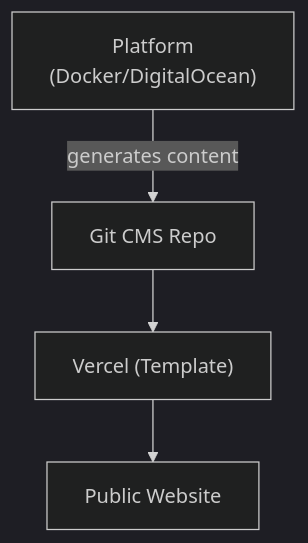
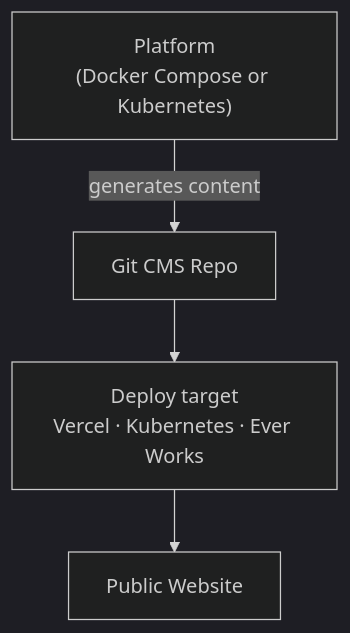
The third of 4 diagrams in docs/comparison.md (ever-works/ever-works), drawn with Mermaid (dark theme) before and after one commit. The commit also changed other lines of this file and 90 other files, not shown here.

````diff
--- a/docs/comparison.md
+++ b/docs/comparison.md
@@ -162,6 +219,6 @@
 ```mermaid
 flowchart TD
-    Platform["Platform<br/>(Docker/DigitalOcean)"] -- "generates content" --> Git["Git CMS Repo"]
-    Git --> Vercel["Vercel (Template)"]
-    Vercel --> Site["Public Website"]
+    Platform["Platform<br/>(Docker Compose or Kubernetes)"] -- "generates content" --> Git["Git CMS Repo"]
+    Git --> Deploy["Deploy target<br/>Vercel · Kubernetes · Ever Works"]
+    Deploy --> Site["Public Website"]
 ```
````
